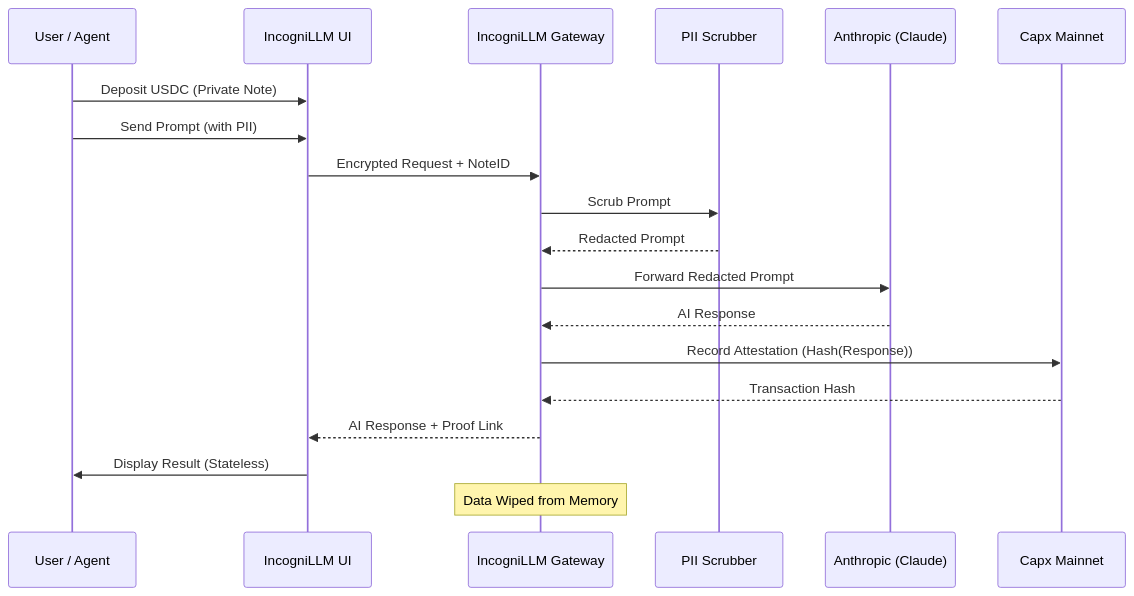
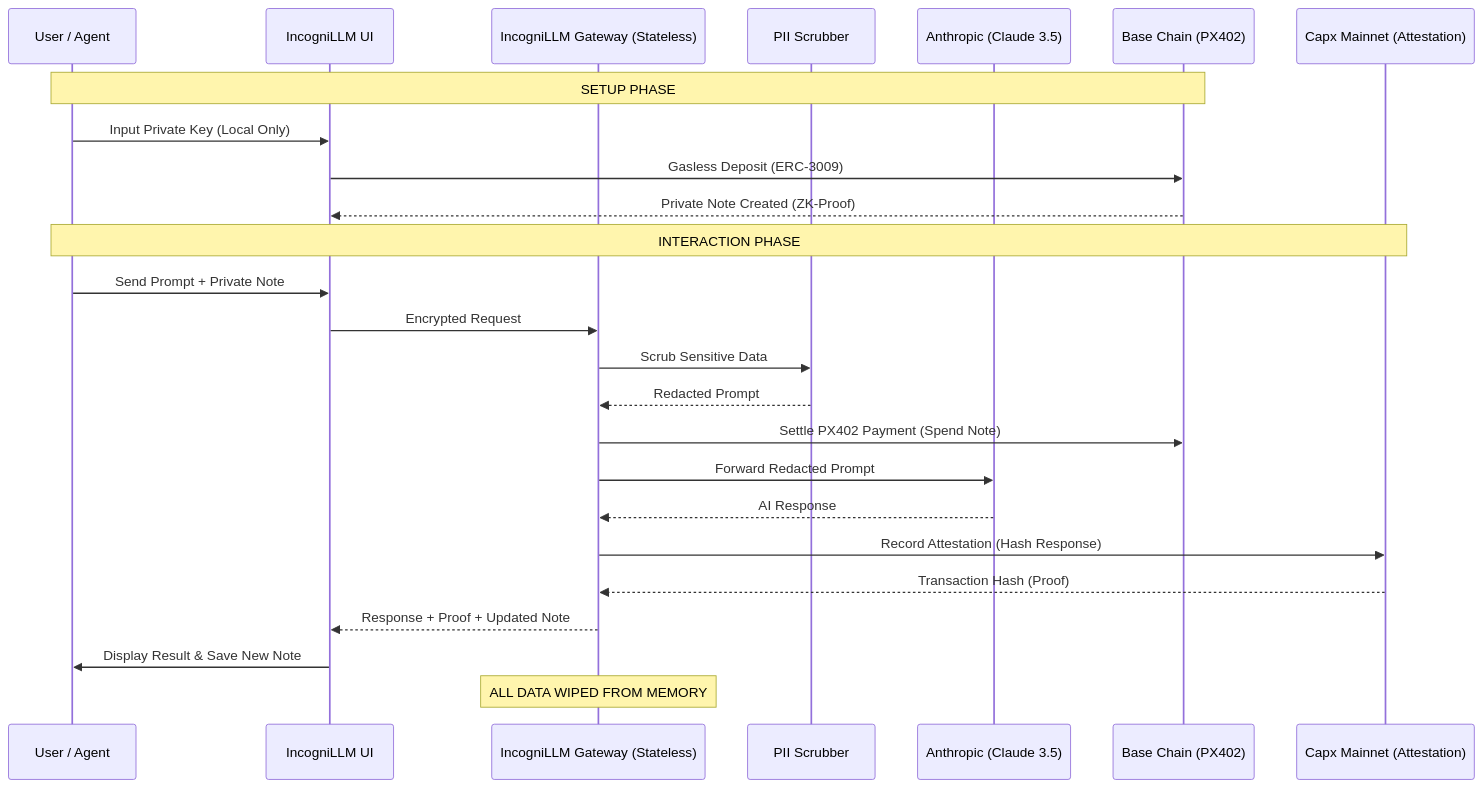
One commit to Modolo-oss/IncogniLLM changed the diagram in README.md. Above: the diagram before and after it, drawn with Mermaid. The commit also changed other lines of this file, not shown here.

Commit message:
Docs: Update README with detailed user flow and architecture diagram

````diff
--- a/README.md
+++ b/README.md
@@ -47,22 +37,29 @@
 ```mermaid
 sequenceDiagram
     participant User as User / Agent
-    participant Frontend as IncogniLLM UI
-    participant Gateway as IncogniLLM Gateway
+    participant UI as IncogniLLM UI
+    participant Gateway as IncogniLLM Gateway (Stateless)
     participant PII as PII Scrubber
-    participant LLM as Anthropic (Claude)
-    participant Chain as Capx Mainnet
+    participant LLM as Anthropic (Claude 3.5)
+    participant Base as Base Chain (PX402)
+    participant Capx as Capx Mainnet (Attestation)
 
-    User->>Frontend: Deposit USDC (Private Note)
-    User->>Frontend: Send Prompt (with PII)
-    Frontend->>Gateway: Encrypted Request + NoteID
-    Gateway->>PII: Scrub Prompt
+    Note over User, Base: SETUP PHASE
+    User->>UI: Input Private Key (Local Only)
+    UI->>Base: Gasless Deposit (ERC-3009)
+    Base-->>UI: Private Note Created (ZK-Proof)
+
+    Note over User, Capx: INTERACTION PHASE
+    User->>UI: Send Prompt + Private Note
+    UI->>Gateway: Encrypted Request
+    Gateway->>PII: Scrub Sensitive Data
     PII-->>Gateway: Redacted Prompt
+    Gateway->>Base: Settle PX402 Payment (Spend Note)
     Gateway->>LLM: Forward Redacted Prompt
     LLM-->>Gateway: AI Response
-    Gateway->>Chain: Record Attestation (Hash(Response))
-    Chain-->>Gateway: Transaction Hash
-    Gateway-->>Frontend: AI Response + Proof Link
-    Frontend->>User: Display Result (Stateless)
-    Note over Gateway: Data Wiped from Memory
+    Gateway->>Capx: Record Attestation (Hash Response)
+    Capx-->>Gateway: Transaction Hash (Proof)
+    Gateway-->>UI: Response + Proof + Updated Note
+    UI->>User: Display Result & Save New Note
+    Note over Gateway: ALL DATA WIPED FROM MEMORY
 ```
````
